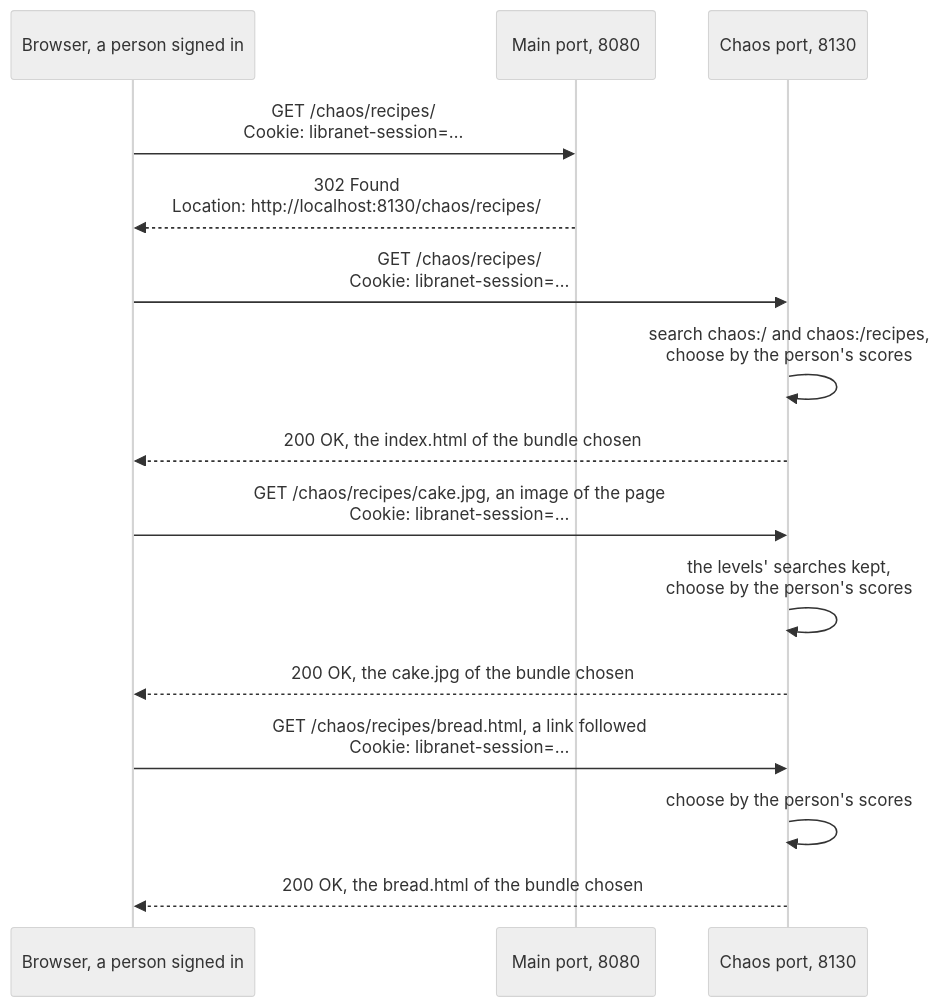
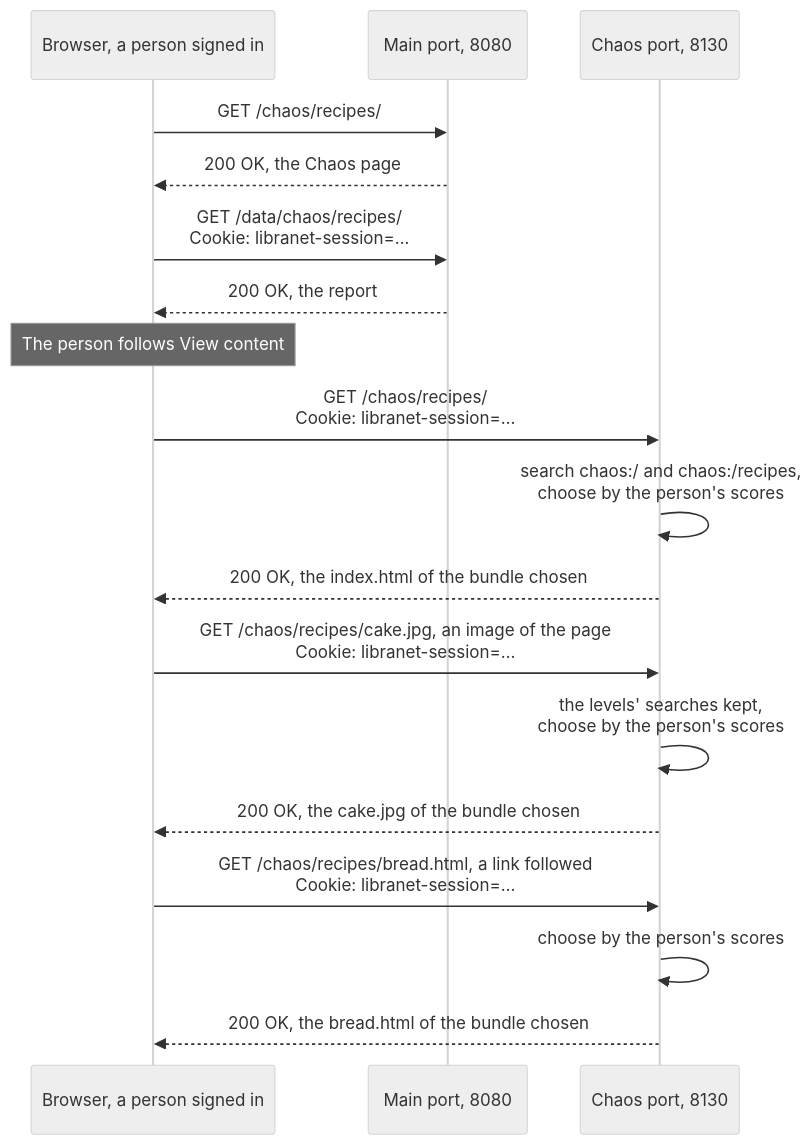
Diagram 14 of 14 in docs/specs/HttpApi.md (marcpage/libranet), drawn with Mermaid (neutral theme) before and after one commit. The commit also changed other lines of this file and 31 other files, not shown here.

First line of the commit message:
Working with chaos endpoint content (#684)

````diff
--- a/docs/specs/HttpApi.md
+++ b/docs/specs/HttpApi.md
@@ -3656,17 +3737,20 @@
 ```mermaid
 sequenceDiagram
     participant Br as Browser, a person signed in
     participant M as Main port, 8080
     participant C as Chaos port, 8130
-    Br->>M: GET /chaos/recipes/<br/>Cookie: libranet-session=…
-    M-->>Br: 302 Found<br/>Location: http://localhost:8130/chaos/recipes/
+    Br->>M: GET /chaos/recipes/
+    M-->>Br: 200 OK, the Chaos page
+    Br->>M: GET /data/chaos/recipes/<br/>Cookie: libranet-session=…
+    M-->>Br: 200 OK, the report
+    Note over Br: The person follows View content
     Br->>C: GET /chaos/recipes/<br/>Cookie: libranet-session=…
     C->>C: search chaos:/ and chaos:/recipes,<br/>choose by the person's scores
     C-->>Br: 200 OK, the index.html of the bundle chosen
     Br->>C: GET /chaos/recipes/cake.jpg, an image of the page<br/>Cookie: libranet-session=…
     C->>C: the levels' searches kept,<br/>choose by the person's scores
     C-->>Br: 200 OK, the cake.jpg of the bundle chosen
     Br->>C: GET /chaos/recipes/bread.html, a link followed<br/>Cookie: libranet-session=…
     C->>C: choose by the person's scores
     C-->>Br: 200 OK, the bread.html of the bundle chosen
 ```
````
